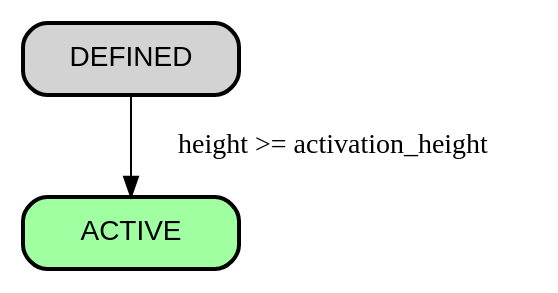
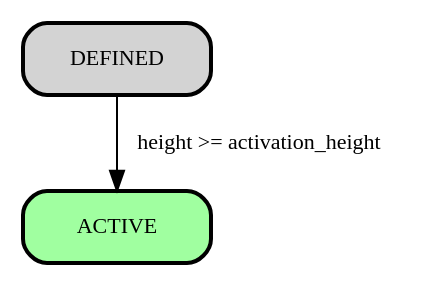
The diagram in taproot/flag.dot (Sjors/nado-book), drawn with Graphviz before and after one commit. The commit also changed 14 other files, not shown here.

```diff
--- a/taproot/flag.dot
+++ b/taproot/flag.dot
@@ -1,10 +1,11 @@
 digraph {
   rankdir=TD;
 
-  node [style="rounded,filled,bold", shape=box, fixedsize=true, width=1.5, fontname="Arial"];
+  node [fontname="lmtt", fontsize=11, fixedsize=true, width=1.3, shape=box, style="rounded,filled,bold"];
+  edge [fontname="lmtt", fontsize=11];
 
   edge [weight = 100];
-  "DEFINED" -> "ACTIVE" [label="height >= activation_height"];
+  "DEFINED" -> "ACTIVE" [label=" height >= activation_height"];
 
   "ACTIVE" [fillcolor="#a0ffa0"];
 }
```
